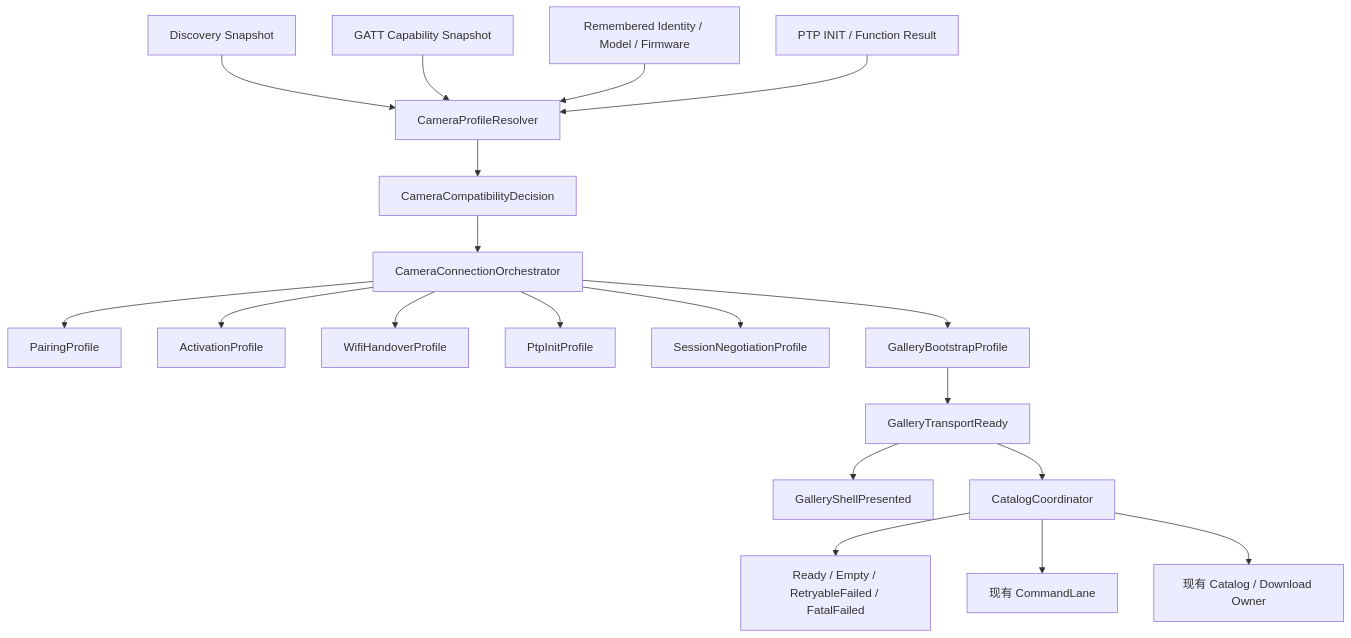
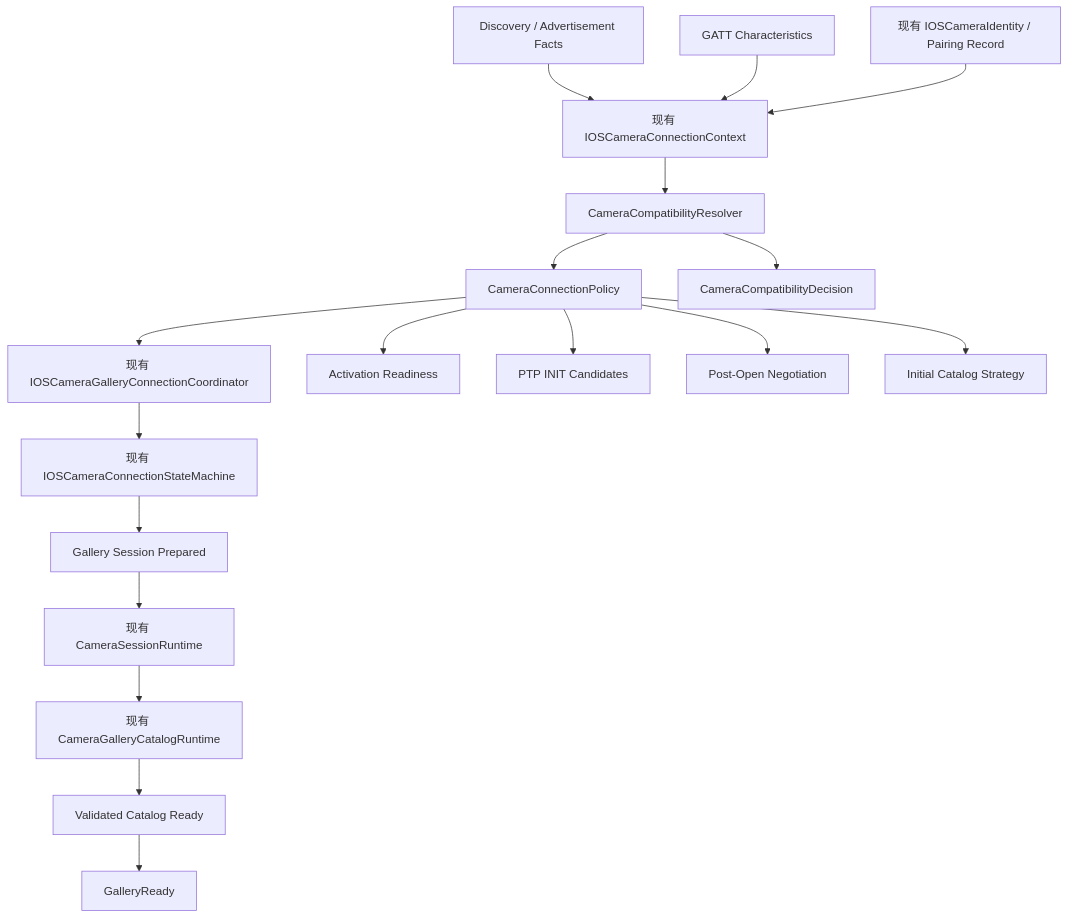
The diagram in docs/superpowers/specs/2026-08-06-ios-xapp-multimodel-compatibility-architecture-design.md (popo-wowo/camTransfer), drawn with Mermaid before and after one commit. The commit also changed other lines of this file, not shown here.

Commit message:
docs: revise iOS multimodel compatibility architecture

```diff
--- a/docs/superpowers/specs/2026-08-06-ios-xapp-multimodel-compatibility-architecture-design.md
+++ b/docs/superpowers/specs/2026-08-06-ios-xapp-multimodel-compatibility-architecture-design.md
@@ -254,25 +224,24 @@
 ~~~mermaid
 flowchart TD
-    Scan["Discovery Snapshot"] --> Resolver["CameraProfileResolver"]
-    GATT["GATT Capability Snapshot"] --> Resolver
-    Known["Remembered Identity / Model / Firmware"] --> Resolver
-    PtpResult["PTP INIT / Function Result"] --> Resolver
+    Discovery["Discovery / Advertisement Facts"] --> Context["现有 IOSCameraConnectionContext"]
+    GATT["GATT Characteristics"] --> Context
+    Identity["现有 IOSCameraIdentity / Pairing Record"] --> Context
 
-    Resolver --> Decision["CameraCompatibilityDecision"]
-    Decision --> Orchestrator["CameraConnectionOrchestrator"]
+    Context --> Resolver["CameraCompatibilityResolver"]
+    Resolver --> Policy["CameraConnectionPolicy"]
+    Resolver --> Trace["CameraCompatibilityDecision"]
 
-    Orchestrator --> Pairing["PairingProfile"]
-    Orchestrator --> Activation["ActivationProfile"]
-    Orchestrator --> Wifi["WifiHandoverProfile"]
-    Orchestrator --> Init["PtpInitProfile"]
-    Orchestrator --> Negotiate["SessionNegotiationProfile"]
-    Orchestrator --> Bootstrap["GalleryBootstrapProfile"]
+    Policy --> Coordinator["现有 IOSCameraGalleryConnectionCoordinator"]
+    Coordinator --> StateMachine["现有 IOSCameraConnectionStateMachine"]
 
-    Bootstrap --> TransportReady["GalleryTransportReady"]
-    TransportReady --> Shell["GalleryShellPresented"]
-    TransportReady --> Catalog["CatalogCoordinator"]
-    Catalog --> Content["Ready / Empty / RetryableFailed / FatalFailed"]
+    Policy --> Activation["Activation Readiness"]
+    Policy --> Init["PTP INIT Candidates"]
+    Policy --> Negotiation["Post-Open Negotiation"]
+    Policy --> CatalogStrategy["Initial Catalog Strategy"]
 
-    Catalog --> Lane["现有 CommandLane"]
-    Catalog --> Owner["现有 Catalog / Download Owner"]
+    StateMachine --> Prepared["Gallery Session Prepared"]
+    Prepared --> Runtime["现有 CameraSessionRuntime"]
+    Runtime --> Catalog["现有 CameraGalleryCatalogRuntime"]
+    Catalog --> Ready["Validated Catalog Ready"]
+    Ready --> GalleryReady["GalleryReady"]
 ~~~
```
